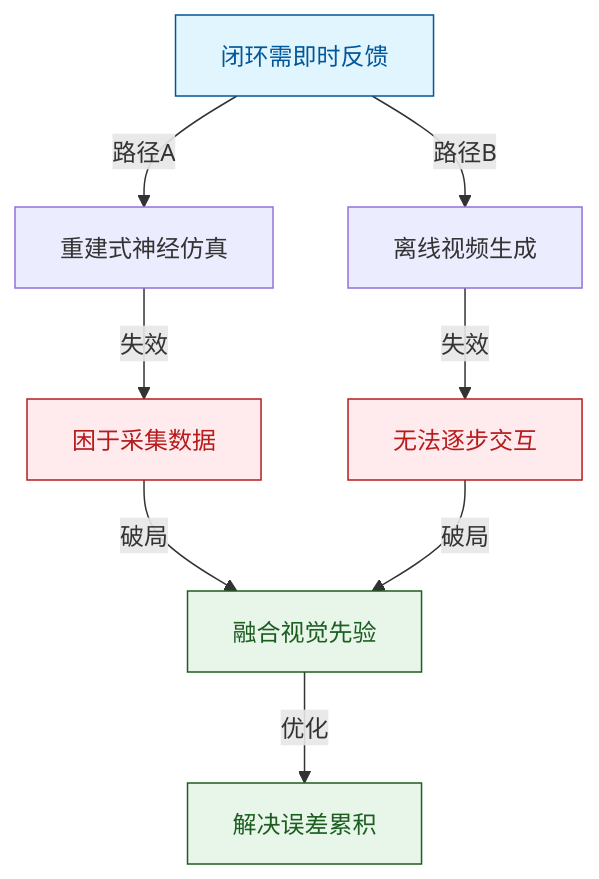
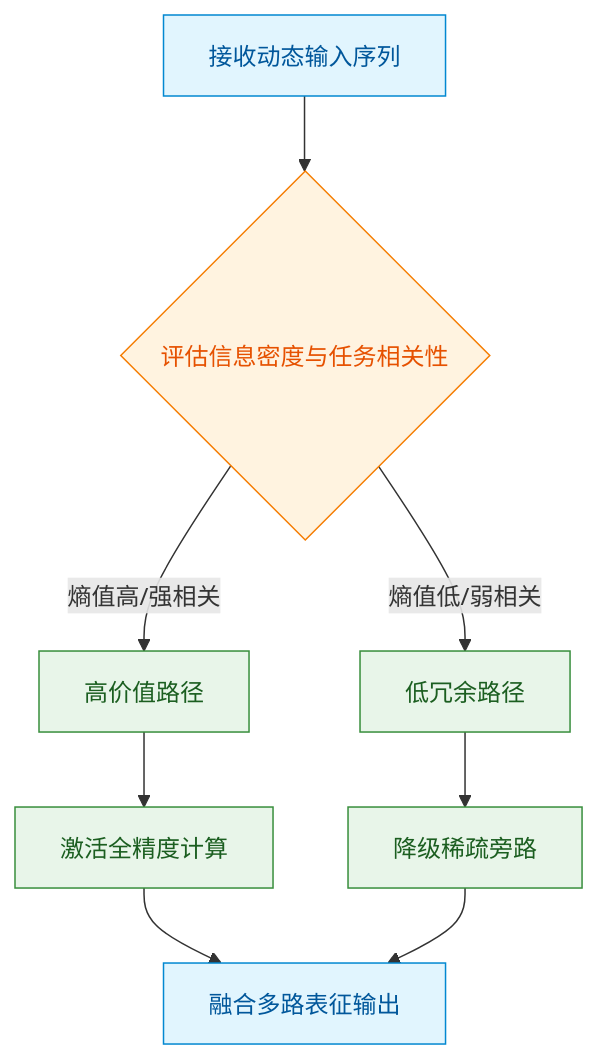
One commit to ShinewineW/paper-rolling changed the first of 10 diagrams in person_vault/2026-06-12_OmniDreamsRealTimeGenerativeWorldModel_2606.03159/report.md. Above: the diagram before and after it, drawn with Mermaid. The commit also changed other lines of this file and 300 other files, not shown here.

````diff
--- a/person_vault/2026-06-12_OmniDreamsRealTimeGenerativeWorldModel_2606.03159/report.md
+++ b/person_vault/2026-06-12_OmniDreamsRealTimeGenerativeWorldModel_2606.03159/report.md
@@ -46,19 +41,23 @@
 ```mermaid
-flowchart TD
-    classDef need fill:#e1f5fe,stroke:#01579b,color:#01579b;
-    classDef fail fill:#ffebee,stroke:#b71c1c,color:#b71c1c;
-    classDef success fill:#e8f5e9,stroke:#1b5e20,color:#1b5e20;
+flowchart TB
+  classDef start fill:#e1f5fe,color:#01579b,stroke:#0288d1
+  classDef decision fill:#fff3e0,color:#e65100,stroke:#f57c00
+  classDef process fill:#e8f5e9,color:#1b5e20,stroke:#388e3c
+  classDef data fill:#f3e5f5,color:#4a148c,stroke:#7b1fa2
 
-    req["闭环需即时反馈"]:::need
-    
-    req -->|路径A| path_a["重建式神经仿真"]
-    req -->|路径B| path_b["离线视频生成"]
-    
-    path_a -->|失效| fail_a["困于采集数据"]:::fail
-    path_b -->|失效| fail_b["无法逐步交互"]:::fail
-    
-    fail_a -->|破局| insight["融合视觉先验"]:::success
-    fail_b -->|破局| insight
-    
-    insight -->|优化| solve_c["解决误差累积"]:::success
+  input_stream["接收动态输入序列"]:::start
+  eval_entropy{评估信息密度与任务相关性}:::decision
+  high_value["高价值路径"]:::process
+  low_value["低冗余路径"]:::process
+  dense_compute["激活全精度计算"]:::process
+  sparse_bypass["降级稀疏旁路"]:::process
+  merge_output["融合多路表征输出"]:::start
+
+  input_stream --> eval_entropy
+  eval_entropy -->|熵值高/强相关| high_value
+  eval_entropy -->|熵值低/弱相关| low_value
+  high_value --> dense_compute
+  low_value --> sparse_bypass
+  dense_compute --> merge_output
+  sparse_bypass --> merge_output
 ```
````
